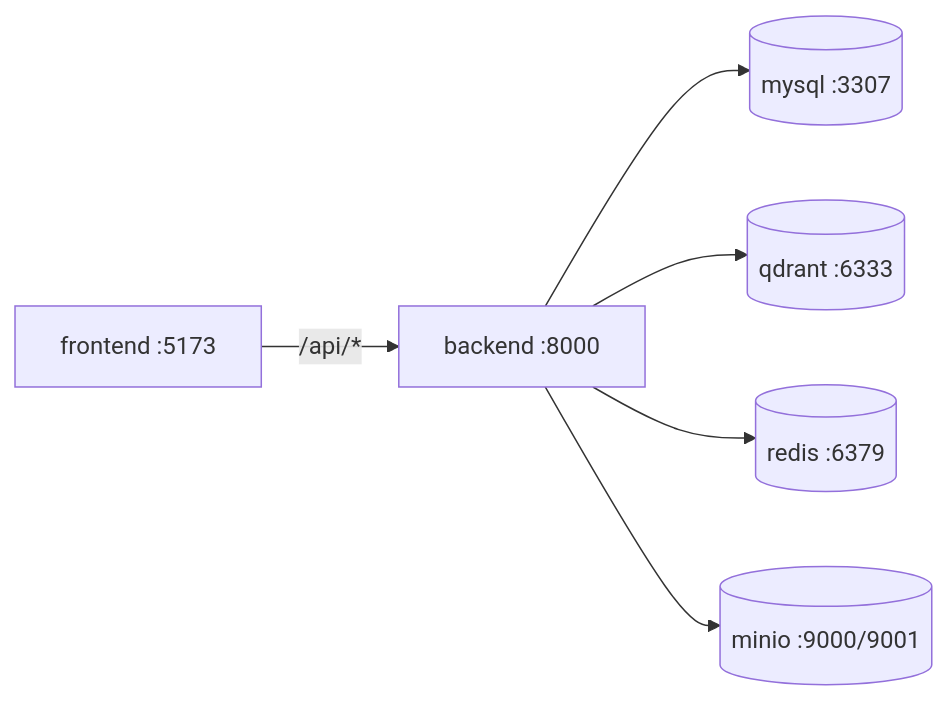
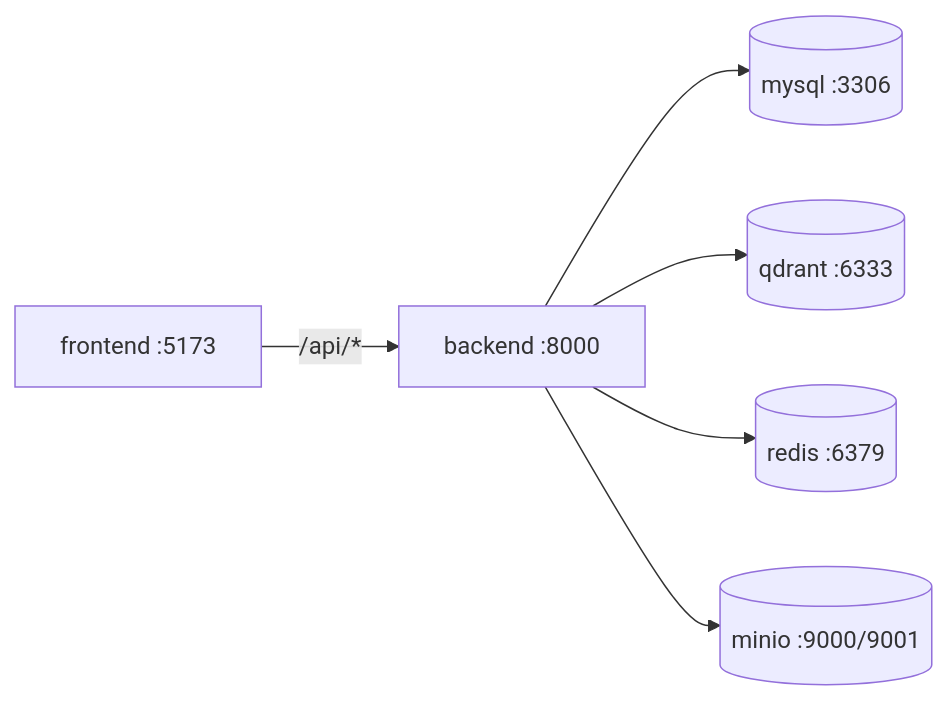
The third of 3 diagrams in ARCHITECTURE.md (peterparkervanphuc/auremont-ai-agent), drawn with Mermaid before and after one commit. The commit also changed other lines of this file and 1 other file, not shown here.

Commit message:
Update architecture and README for clarity and accuracy in project description

````diff
--- a/ARCHITECTURE.md
+++ b/ARCHITECTURE.md
@@ -205,8 +208,8 @@
 ```mermaid
 graph LR
     FE["frontend :5173"] -->|"/api/*"| BE["backend :8000"]
-    BE --> DB[("mysql :3307")]
+    BE --> DB[("mysql :3306")]
     BE --> VDB[("qdrant :6333")]
     BE --> RDS[("redis :6379")]
     BE --> OBJ[("minio :9000/9001")]
 ```
````
